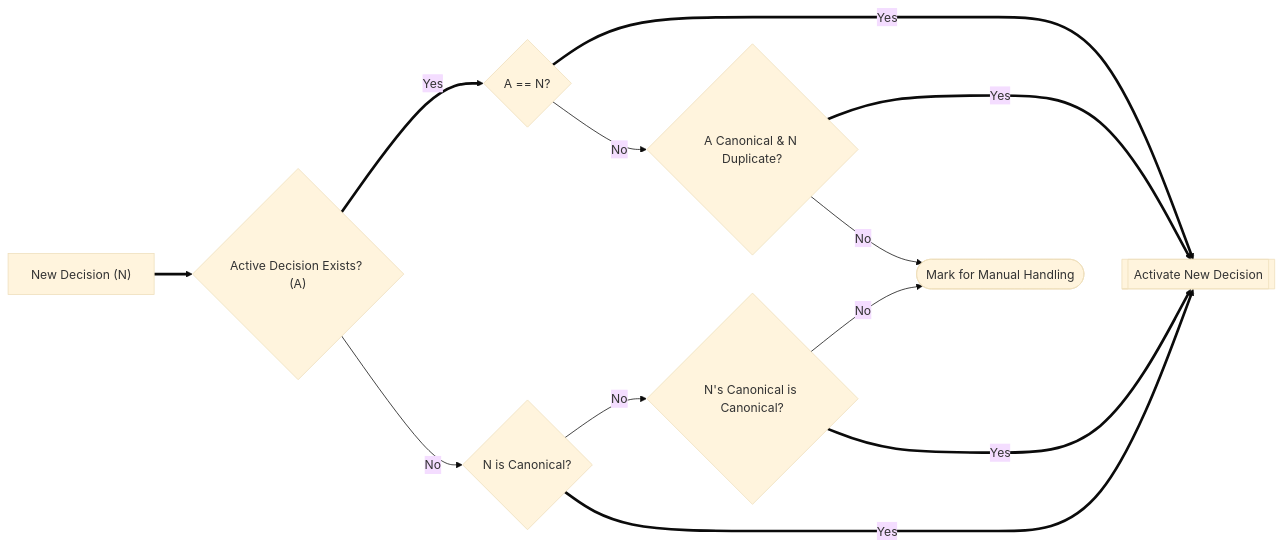
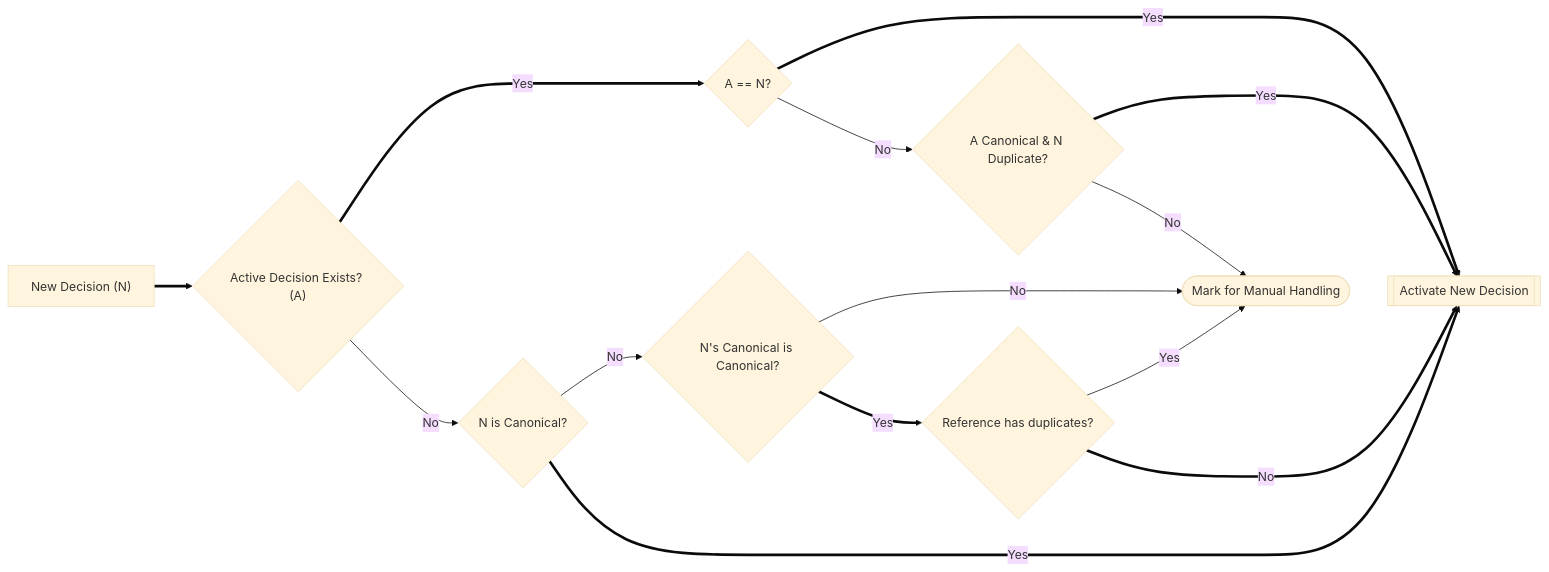
Before and after one commit to destiny-evidence/destiny-repository: the sixth of 6 diagrams in docs/procedures/deduplication.rst, drawn with Mermaid (base theme). The commit also changed other lines of this file and 10 other files, not shown here.

```diff
--- a/docs/procedures/deduplication.rst
+++ b/docs/procedures/deduplication.rst
@@ -198,25 +198,28 @@
 .. mermaid::
 
     flowchart LR
 
         N["New Decision (N)"]
         C1{"Active Decision Exists? (A)"}
         C2{A == N?}
         C3{A Canonical & N Duplicate?}
         C4{N is Canonical?}
         C5{N's Canonical is Canonical?}
+        C6{Reference has duplicates?}
         T[[Activate New Decision]]
         M([Mark for Manual Handling])
 
         N ==> C1
         C1 ==>|Yes| C2
         C1 -->|No| C4
         C2 ==>|Yes| T
         C2 -->|No| C3
         C3 ==>|Yes| T
         C3 -->|No| M
         C4 -->|No| C5
         C4 ==>|Yes| T
         C5 -->|No| M
-        C5 ==>|Yes| T
+        C5 ==>|Yes| C6
+        C6 -->|Yes| M
+        C6 ==>|No| T
         M ~~~ T
```
